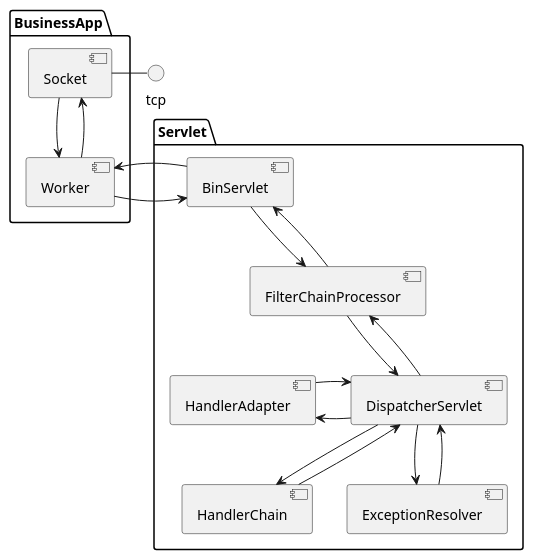
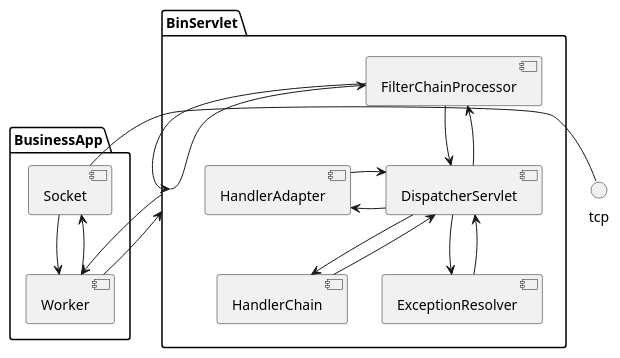
Before and after one commit to alexkolundev/java-bin-servlet: the diagram in bin-servlet/BinServletDiagram.puml, drawn with PlantUML. The commit also changed 27 other files, not shown here.

```diff
--- a/bin-servlet/BinServletDiagram.puml
+++ b/bin-servlet/BinServletDiagram.puml
@@ -1,28 +1,28 @@
 @startuml
 package "BusinessApp" {
 [Socket] -> [Worker]
 [Worker] --> [Socket]
 }
 tcp - [Socket]
 
-package "Servlet" {
+package "BinServlet" {
 [Worker] -> [BinServlet]
 [BinServlet] --> [Worker]
 
 [BinServlet] -> [FilterChainProcessor]
 [FilterChainProcessor] --> [BinServlet]
 
 [FilterChainProcessor] -> [DispatcherServlet]
 [DispatcherServlet] --> [FilterChainProcessor]
 
 [DispatcherServlet] -> [HandlerChain]
 [HandlerChain] --> [DispatcherServlet]
 
 [DispatcherServlet] -> [HandlerAdapter]
 [HandlerAdapter] -> [DispatcherServlet]
 
 [DispatcherServlet] -> [ExceptionResolver]
 [ExceptionResolver] --> [DispatcherServlet]
 
 }
 @enduml
```
